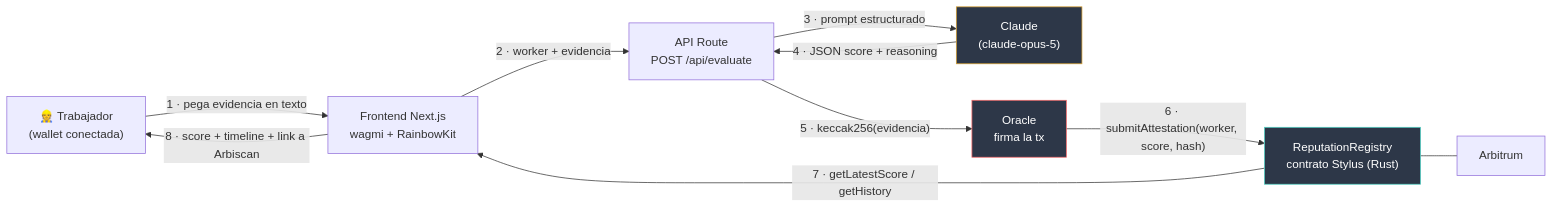
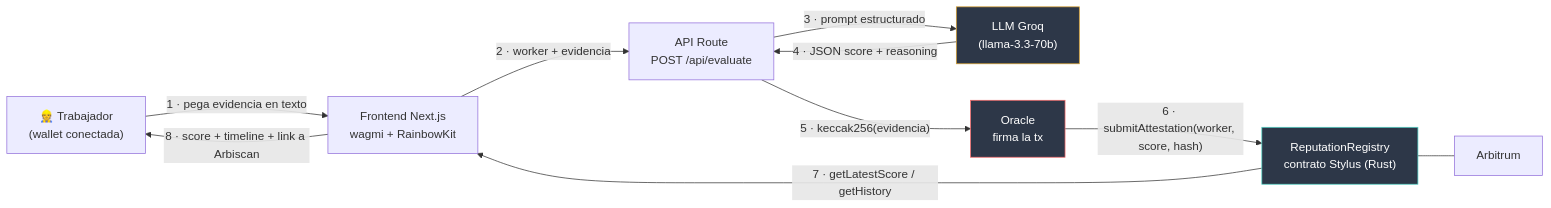
Before and after one commit to Paulcd/chambachain: the diagram in README.md, drawn with Mermaid. The commit also changed other lines of this file and 3 other files, not shown here.

First line of the commit message:
feat: usar Groq (LLM gratuito) en /api/evaluate en vez de Anthropic

````diff
--- a/README.md
+++ b/README.md
@@ -30,24 +30,24 @@
 ```mermaid
 flowchart LR
     U["👷 Trabajador<br/>(wallet conectada)"]
     F["Frontend Next.js<br/>wagmi + RainbowKit"]
     API["API Route<br/>POST /api/evaluate"]
-    AI["Claude<br/>(claude-opus-5)"]
+    AI["LLM Groq<br/>(llama-3.3-70b)"]
     O["Oracle<br/>firma la tx"]
     C["ReputationRegistry<br/>contrato Stylus (Rust)"]
     A["Arbitrum"]
 
     U -->|"1 · pega evidencia en texto"| F
     F -->|"2 · worker + evidencia"| API
     API -->|"3 · prompt estructurado"| AI
     AI -->|"4 · JSON score + reasoning"| API
     API -->|"5 · keccak256(evidencia)"| O
     O -->|"6 · submitAttestation(worker, score, hash)"| C
     C --- A
     C -->|"7 · getLatestScore / getHistory"| F
     F -->|"8 · score + timeline + link a Arbiscan"| U
 
     style C fill:#2d3748,stroke:#4fd1c5,color:#fff
     style AI fill:#2d3748,stroke:#d69e2e,color:#fff
     style O fill:#2d3748,stroke:#f56565,color:#fff
 ```
````
